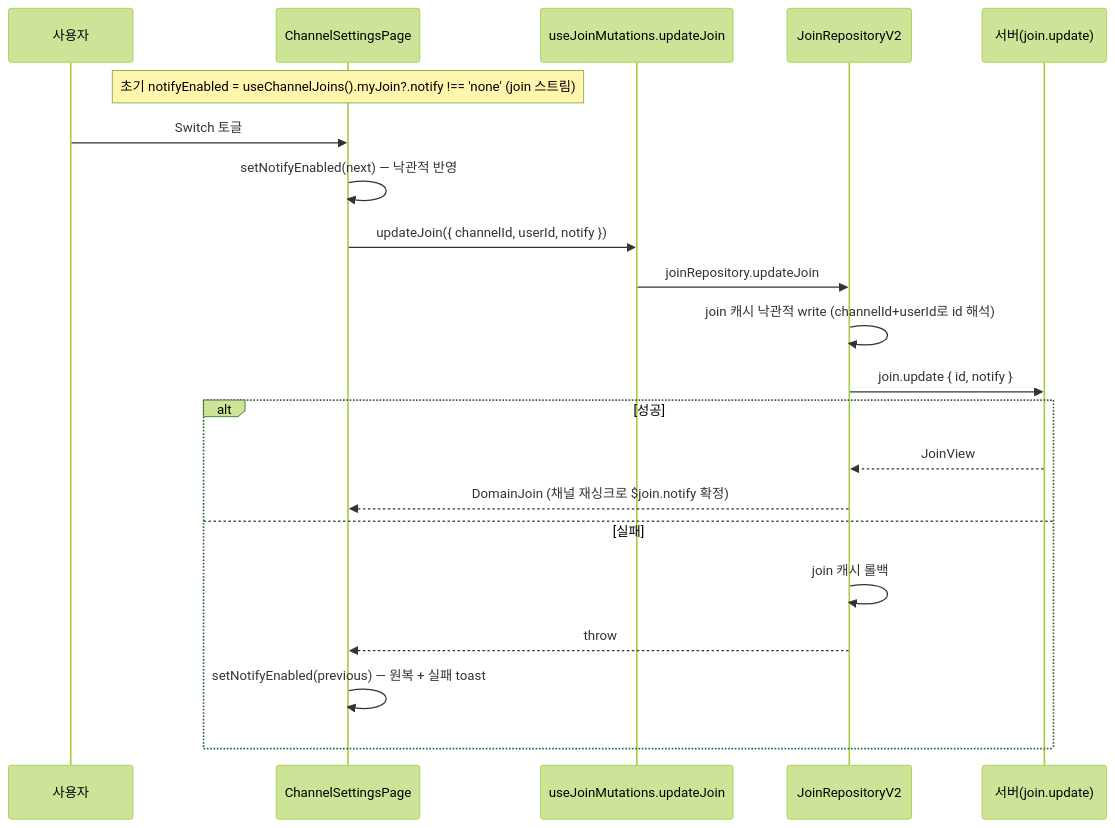
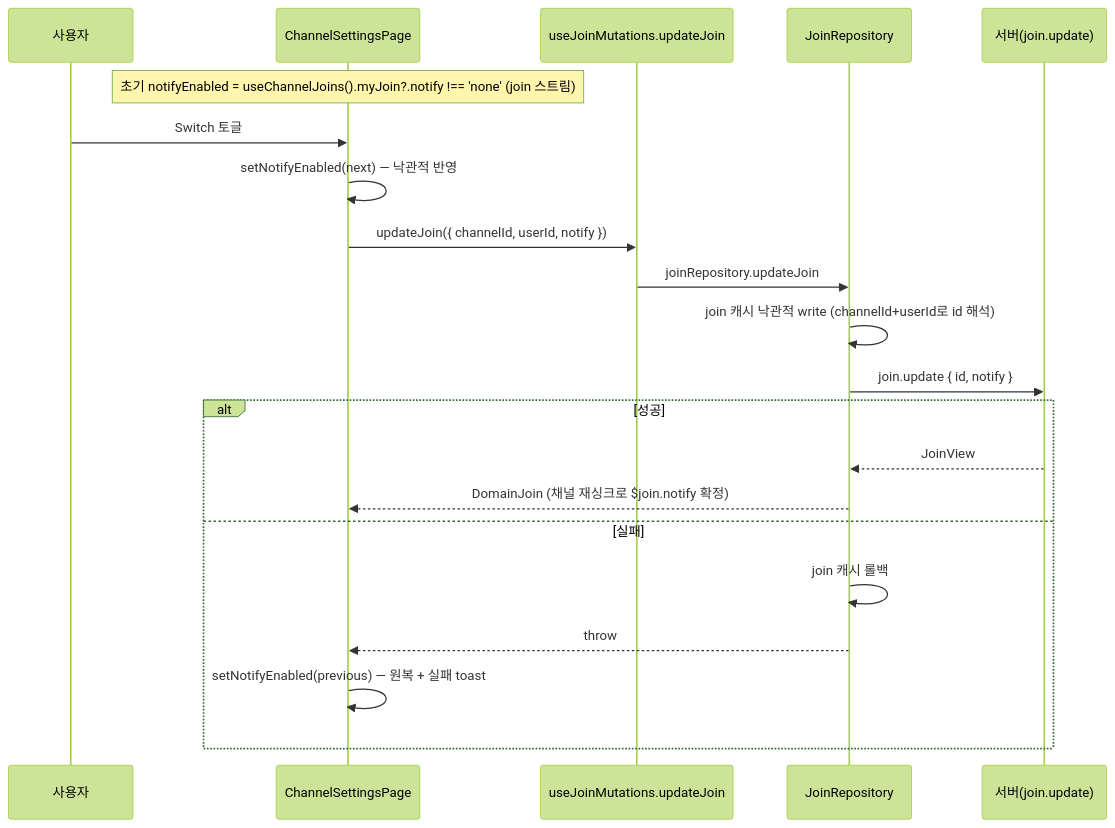
The third of 3 diagrams in apps/web/docs/feature/channels/channel-settings.md (lemoncloud-io/dou-app), drawn with Mermaid (forest theme) before and after one commit. The commit also changed other lines of this file and 86 other files, not shown here.

````diff
--- a/apps/web/docs/feature/channels/channel-settings.md
+++ b/apps/web/docs/feature/channels/channel-settings.md
@@ -112,24 +112,24 @@
 ```mermaid
 sequenceDiagram
   participant U as 사용자
   participant P as ChannelSettingsPage
   participant H as useJoinMutations.updateJoin
-  participant R as JoinRepositoryV2
+  participant R as JoinRepository
   participant S as 서버(join.update)
 
   Note over P: 초기 notifyEnabled = useChannelJoins().myJoin?.notify !== 'none' (join 스트림)
   U->>P: Switch 토글
   P->>P: setNotifyEnabled(next) — 낙관적 반영
   P->>H: updateJoin({ channelId, userId, notify })
   H->>R: joinRepository.updateJoin
   R->>R: join 캐시 낙관적 write (channelId+userId로 id 해석)
   R->>S: join.update { id, notify }
   alt 성공
     S-->>R: JoinView
     R-->>P: DomainJoin (채널 재싱크로 $join.notify 확정)
   else 실패
     R->>R: join 캐시 롤백
     R-->>P: throw
     P->>P: setNotifyEnabled(previous) — 원복 + 실패 toast
   end
 ```
````
